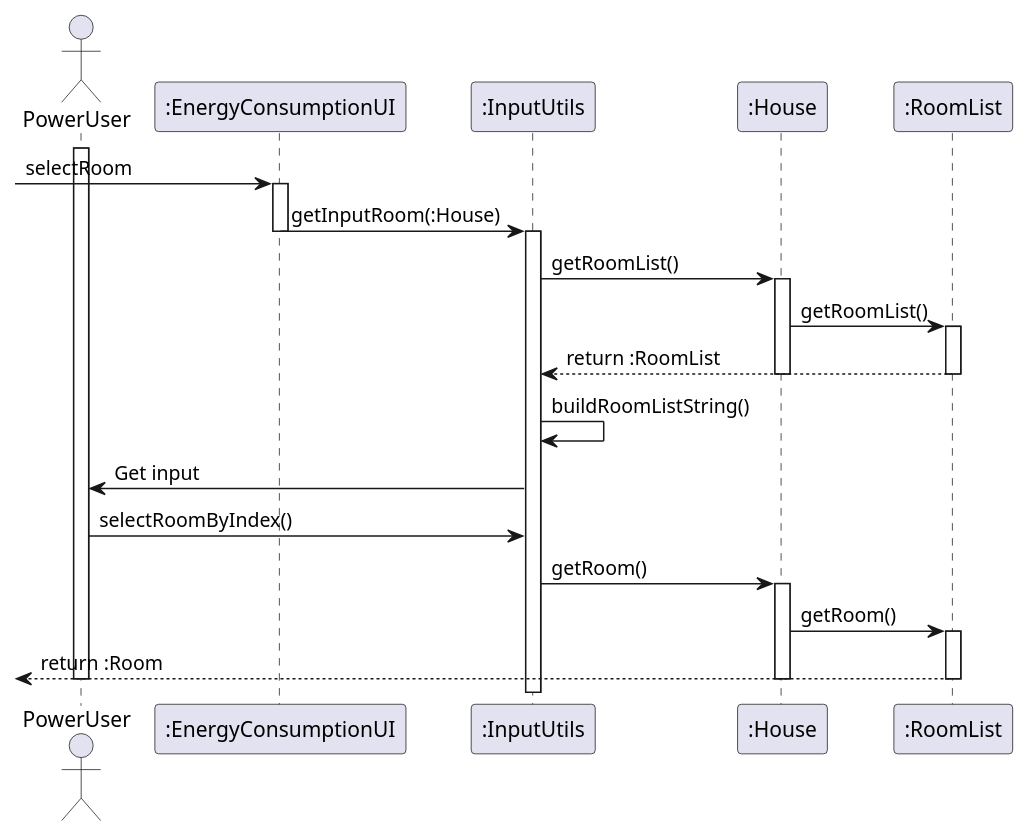
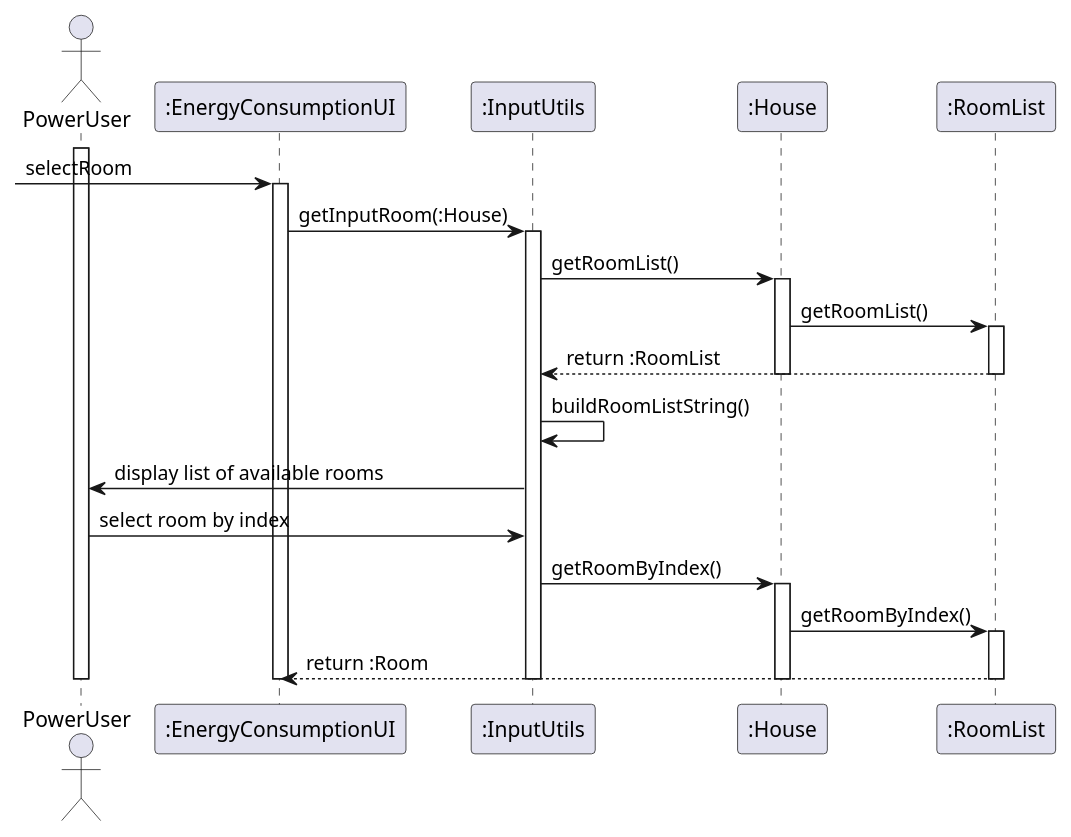
The diagram in uml/US720/selectRoom.puml (Almadanmp/project), drawn with PlantUML before and after one commit. The commit also changed 1 other file, not shown here.

Commit message:
Refs #101 - Fixes selectRoom and selectTime UML sequence diagrams.

```diff
--- a/uml/US720/selectRoom.puml
+++ b/uml/US720/selectRoom.puml
@@ -1,29 +1,30 @@
 @startuml
 
 actor PowerUser
 
 activate PowerUser
 -> ":EnergyConsumptionUI": selectRoom
 activate ":EnergyConsumptionUI"
 ":EnergyConsumptionUI" -> ":InputUtils": getInputRoom(:House)
-deactivate ":EnergyConsumptionUI"
 activate ":InputUtils"
 ":InputUtils" -> ":House": getRoomList()
 activate ":House"
 ":House" -> ":RoomList": getRoomList()
 activate ":RoomList"
 ":RoomList" --> ":InputUtils": return :RoomList
 deactivate ":RoomList"
 deactivate ":House"
 ":InputUtils" -> ":InputUtils": buildRoomListString()
-":InputUtils" -> PowerUser: Get input
-PowerUser -> ":InputUtils": selectRoomByIndex()
-":InputUtils" -> ":House": getRoom()
+":InputUtils" -> PowerUser: display list of available rooms
+PowerUser -> ":InputUtils": select room by index
+":InputUtils" -> ":House": getRoomByIndex()
 activate ":House"
-":House" -> ":RoomList": getRoom()
+":House" -> ":RoomList": getRoomByIndex()
 activate ":RoomList"
-<-- ":RoomList": return :Room
+":RoomList" --> ":EnergyConsumptionUI" : return :Room
 deactivate ":RoomList"
 deactivate ":House"
 deactivate PowerUser
+deactivate ":EnergyConsumptionUI"
+deactivate ":InputUtils"
 @enduml
```
